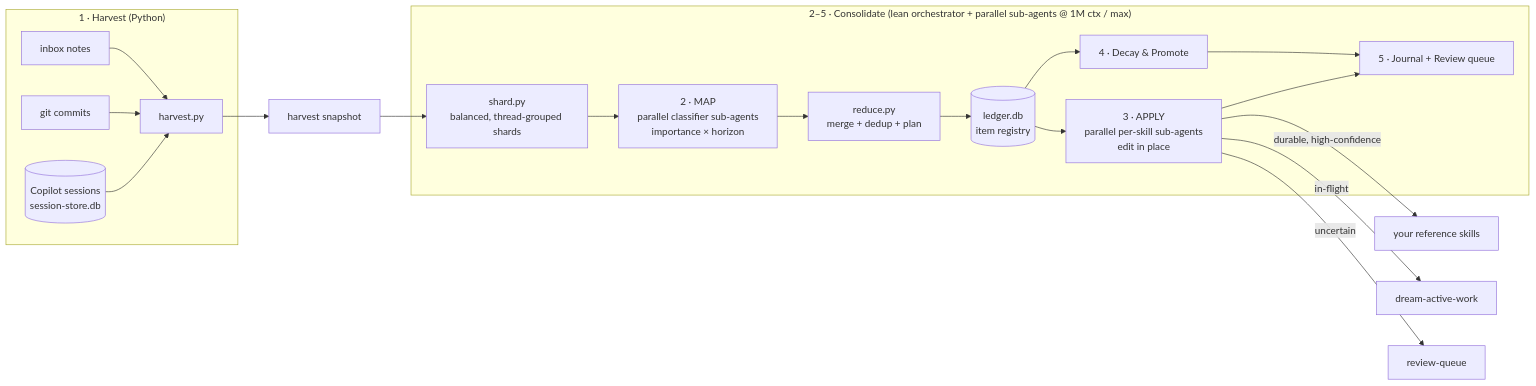
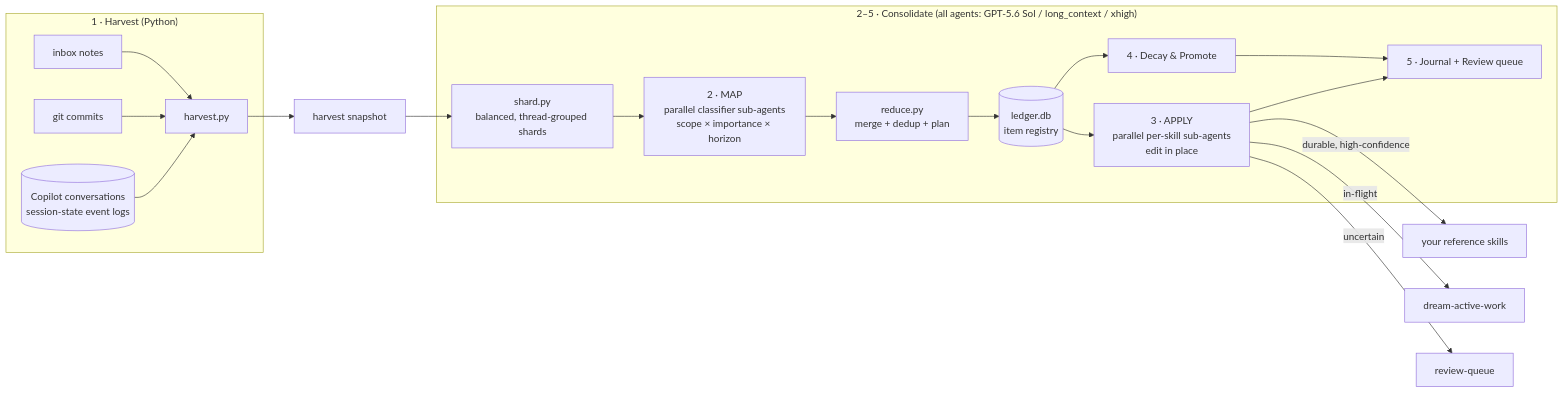
Before and after one commit to bhanuprakash-1/copilot-dream: the diagram in README.md, drawn with Mermaid. The commit also changed other lines of this file and 29 other files, not shown here.

````diff
--- a/README.md
+++ b/README.md
@@ -36,22 +42,22 @@
 ```mermaid
 flowchart LR
     subgraph H["1 · Harvest (Python)"]
-      S1[(Copilot sessions<br/>session-store.db)] --> HV[harvest.py]
+      S1[(Copilot conversations<br/>session-state event logs)] --> HV[harvest.py]
       S2[git commits] --> HV
       S3[inbox notes] --> HV
     end
     HV --> SN[harvest snapshot]
     SN --> SH[shard.py<br/>balanced, thread-grouped shards]
-    subgraph C["2–5 · Consolidate (lean orchestrator + parallel sub-agents @ 1M ctx / max)"]
-      SH --> MAP[2 · MAP<br/>parallel classifier sub-agents<br/>importance × horizon]
+    subgraph C["2–5 · Consolidate (all agents: GPT-5.6 Sol / long_context / xhigh)"]
+      SH --> MAP[2 · MAP<br/>parallel classifier sub-agents<br/>scope × importance × horizon]
       MAP --> RD[reduce.py<br/>merge + dedup + plan]
       RD --> LG[(ledger.db<br/>item registry)]
       LG --> AP[3 · APPLY<br/>parallel per-skill sub-agents<br/>edit in place]
       LG --> DP[4 · Decay & Promote]
       AP --> JR[5 · Journal + Review queue]
       DP --> JR
     end
     AP -->|durable, high-confidence| REF[your reference skills]
     AP -->|in-flight| ACT[dream-active-work]
     AP -->|uncertain| RQ[review-queue]
 ```
````
